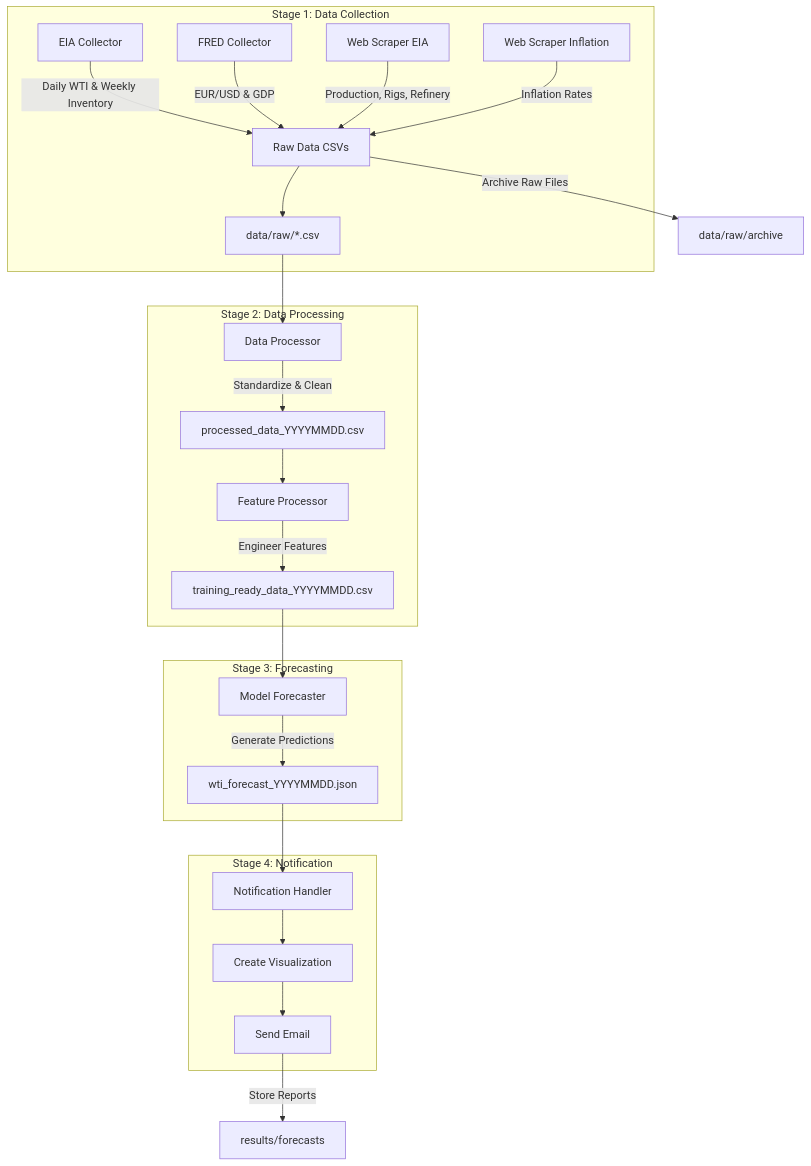
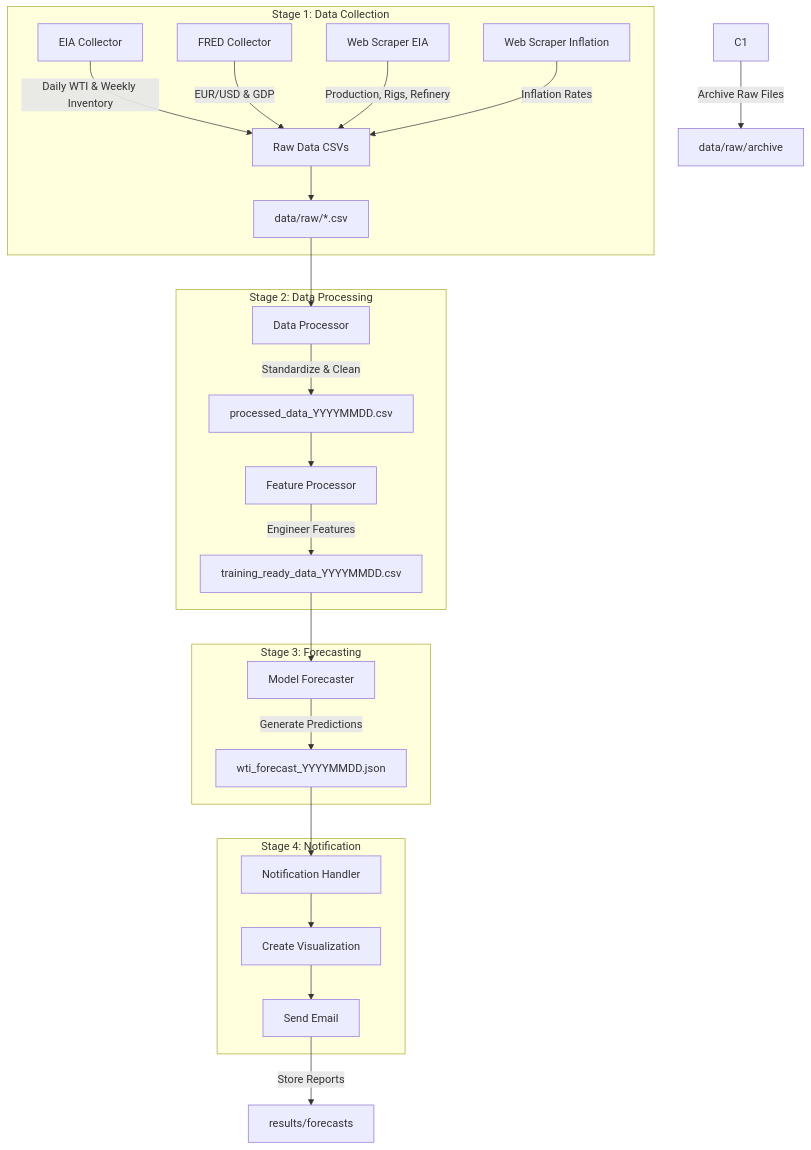
The first of 2 diagrams in Flowcharts.md (Nurba986/Oil-Price-Prediction-DE), drawn with Mermaid before and after one commit. The commit also changed 1 other file, not shown here.

````diff
--- a/Flowcharts.md
+++ b/Flowcharts.md
@@ -2,32 +2,32 @@
 ```mermaid
 flowchart TD 
     subgraph "Stage 1: Data Collection"
         A1[EIA Collector] --> |Daily WTI & Weekly Inventory|B1
         A2[FRED Collector] --> |EUR/USD & GDP|B1
         A3[Web Scraper EIA] --> |Production, Rigs, Refinery|B1
         A4[Web Scraper Inflation] --> |Inflation Rates|B1
         B1[Raw Data CSVs] --> B2[data/raw/*.csv]
     end
 
     subgraph "Stage 2: Data Processing"
         B2 --> C1[Data Processor]
         C1 --> |Standardize & Clean|C2[processed_data_YYYYMMDD.csv]
         C2 --> D1[Feature Processor]
         D1 --> |Engineer Features|D2[training_ready_data_YYYYMMDD.csv]
     end
 
     subgraph "Stage 3: Forecasting"
         D2 --> E1[Model Forecaster]
         E1 --> |Generate Predictions|E2[wti_forecast_YYYYMMDD.json]
     end
 
     subgraph "Stage 4: Notification"
         E2 --> F1[Notification Handler]
         F1 --> F2[Create Visualization]
         F2 --> F3[Send Email]
     end
 
     %% Data flow connections between stages
-    B1 --> |Archive Raw Files|G1[data/raw/archive]
+    С1 --> |Archive Raw Files|G1[data/raw/archive]
     F3 --> |Store Reports|G2[results/forecasts]
 ```
````
